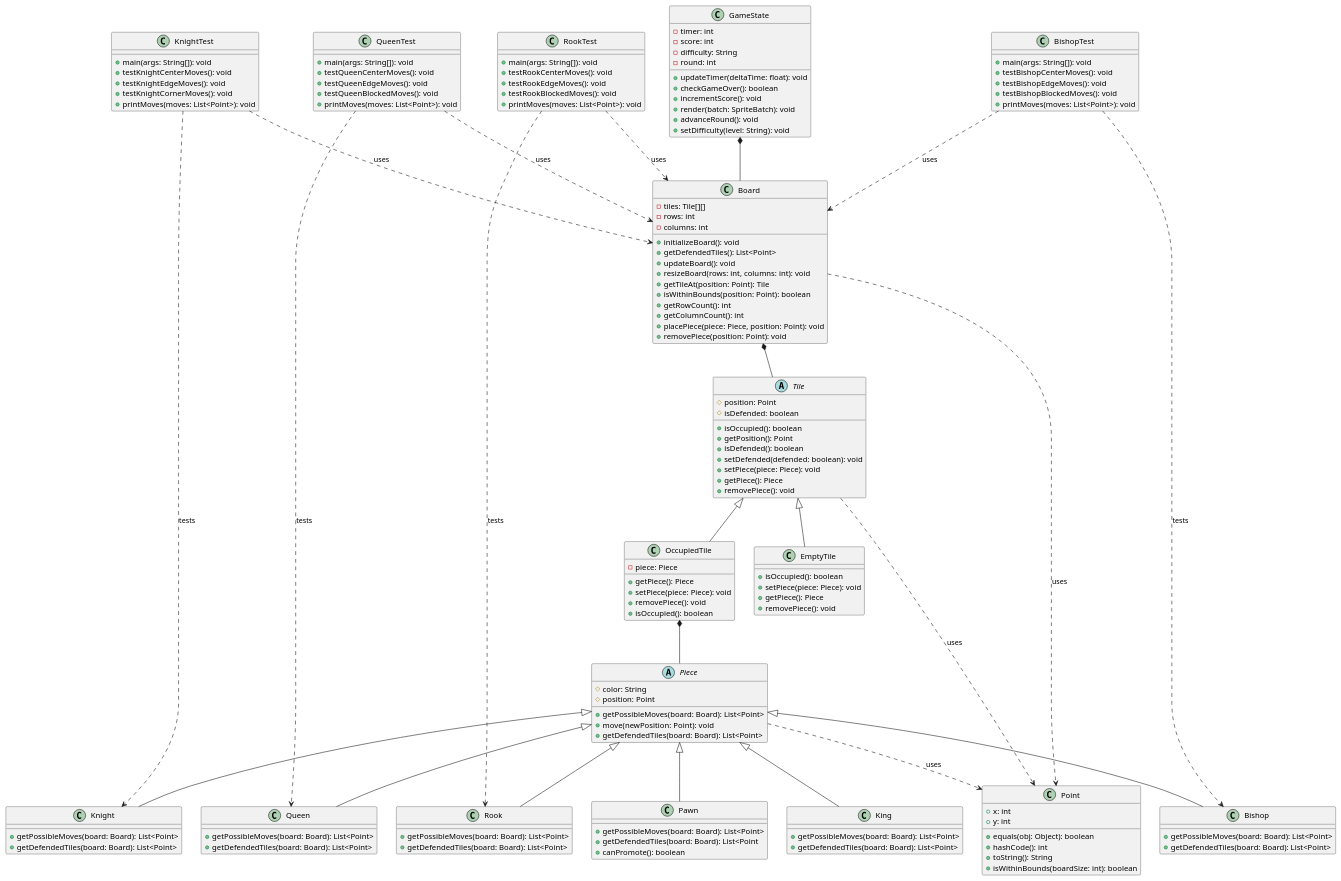
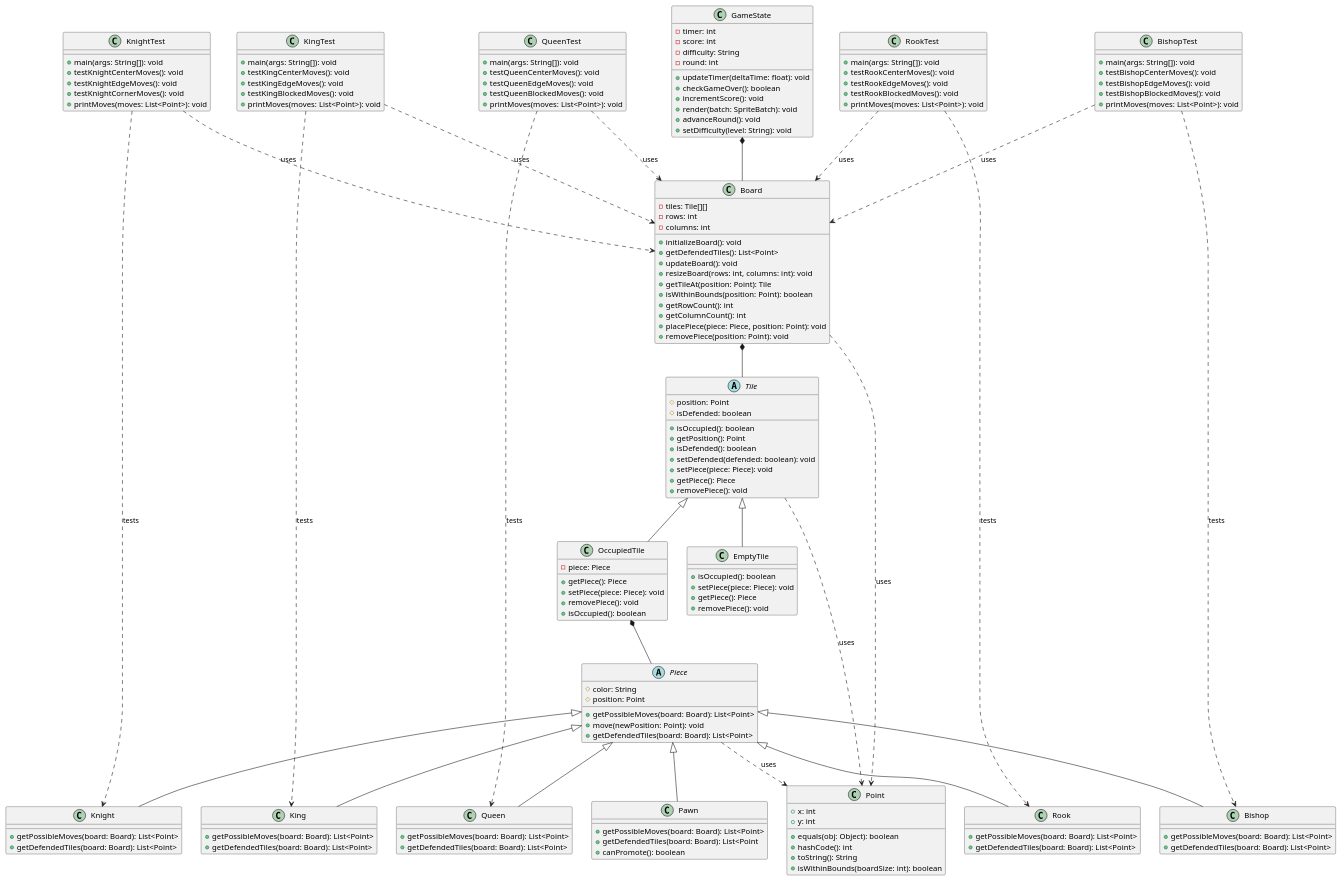
Before and after one commit to TerminalGambit/PCOO-projetfinal: the diagram in UML/SaveTheKing.puml, drawn with PlantUML.

```diff
--- a/UML/SaveTheKing.puml
+++ b/UML/SaveTheKing.puml
@@ -1,159 +1,169 @@
 @startuml
 
 class Point {
     +x: int
     +y: int
     +equals(obj: Object): boolean
     +hashCode(): int
     +toString(): String
     +isWithinBounds(boardSize: int): boolean
 }
 
 abstract class Tile {
     #position: Point
     #isDefended: boolean
     +isOccupied(): boolean
     +getPosition(): Point
     +isDefended(): boolean
     +setDefended(defended: boolean): void
     +setPiece(piece: Piece): void
     +getPiece(): Piece
     +removePiece(): void
 }
 
 class EmptyTile extends Tile {
     +isOccupied(): boolean
     +setPiece(piece: Piece): void
     +getPiece(): Piece
     +removePiece(): void
 }
 
 class OccupiedTile extends Tile {
     -piece: Piece
     +getPiece(): Piece
     +setPiece(piece: Piece): void
     +removePiece(): void
     +isOccupied(): boolean
 }
 
 abstract class Piece {
     #color: String
     #position: Point
     +getPossibleMoves(board: Board): List<Point>
     +move(newPosition: Point): void
     +getDefendedTiles(board: Board): List<Point>
 }
 
 class King extends Piece {
     +getPossibleMoves(board: Board): List<Point>
     +getDefendedTiles(board: Board): List<Point>
 }
 
 class Knight extends Piece {
     +getPossibleMoves(board: Board): List<Point>
     +getDefendedTiles(board: Board): List<Point>
 }
 
 class Bishop extends Piece {
     +getPossibleMoves(board: Board): List<Point>
     +getDefendedTiles(board: Board): List<Point>
 }
 
 class Rook extends Piece {
     +getPossibleMoves(board: Board): List<Point>
     +getDefendedTiles(board: Board): List<Point>
 }
 
 class Queen extends Piece {
     +getPossibleMoves(board: Board): List<Point>
     +getDefendedTiles(board: Board): List<Point>
 }
 
 class Pawn extends Piece {
     +getPossibleMoves(board: Board): List<Point>
     +getDefendedTiles(board: Board): List<Point
     +canPromote(): boolean
 }
 
 class Board {
     -tiles: Tile[][]
     -rows: int
     -columns: int
     +initializeBoard(): void
     +getDefendedTiles(): List<Point>
     +updateBoard(): void
     +resizeBoard(rows: int, columns: int): void
     +getTileAt(position: Point): Tile
     +isWithinBounds(position: Point): boolean
     +getRowCount(): int
     +getColumnCount(): int
     +placePiece(piece: Piece, position: Point): void
     +removePiece(position: Point): void
 }
 
 class GameState {
     -timer: int
     -score: int
     -difficulty: String
     -round: int
     +updateTimer(deltaTime: float): void
     +checkGameOver(): boolean
     +incrementScore(): void
     +render(batch: SpriteBatch): void
     +advanceRound(): void
     +setDifficulty(level: String): void
 }
 
 class KnightTest {
     +main(args: String[]): void
     +testKnightCenterMoves(): void
     +testKnightEdgeMoves(): void
     +testKnightCornerMoves(): void
     +printMoves(moves: List<Point>): void
 }
 
 class RookTest {
     +main(args: String[]): void
     +testRookCenterMoves(): void
     +testRookEdgeMoves(): void
     +testRookBlockedMoves(): void
     +printMoves(moves: List<Point>): void
 }
 
 class BishopTest {
     +main(args: String[]): void
     +testBishopCenterMoves(): void
     +testBishopEdgeMoves(): void
     +testBishopBlockedMoves(): void
     +printMoves(moves: List<Point>): void
 }
 
 class QueenTest {
     +main(args: String[]): void
     +testQueenCenterMoves(): void
     +testQueenEdgeMoves(): void
     +testQueenBlockedMoves(): void
     +printMoves(moves: List<Point>): void
 }
 
+class KingTest {
+    +main(args: String[]): void
+    +testKingCenterMoves(): void
+    +testKingEdgeMoves(): void
+    +testKingBlockedMoves(): void
+    +printMoves(moves: List<Point>): void
+}
+
 
 OccupiedTile *-- Piece
 
 
 
 Board *-- Tile
 GameState *-- Board
 KnightTest ..> Knight : tests
 KnightTest ..> Board : uses
 RookTest ..> Rook : tests
 RookTest ..> Board : uses
 BishopTest ..> Bishop : tests
 BishopTest ..> Board : uses
 QueenTest ..> Queen : tests
 QueenTest ..> Board : uses
+KingTest ..> King : tests
+KingTest ..> Board : uses
 
 Tile ..> Point : uses
 Piece ..> Point : uses
 Board ..> Point : uses
 
 @enduml
```
